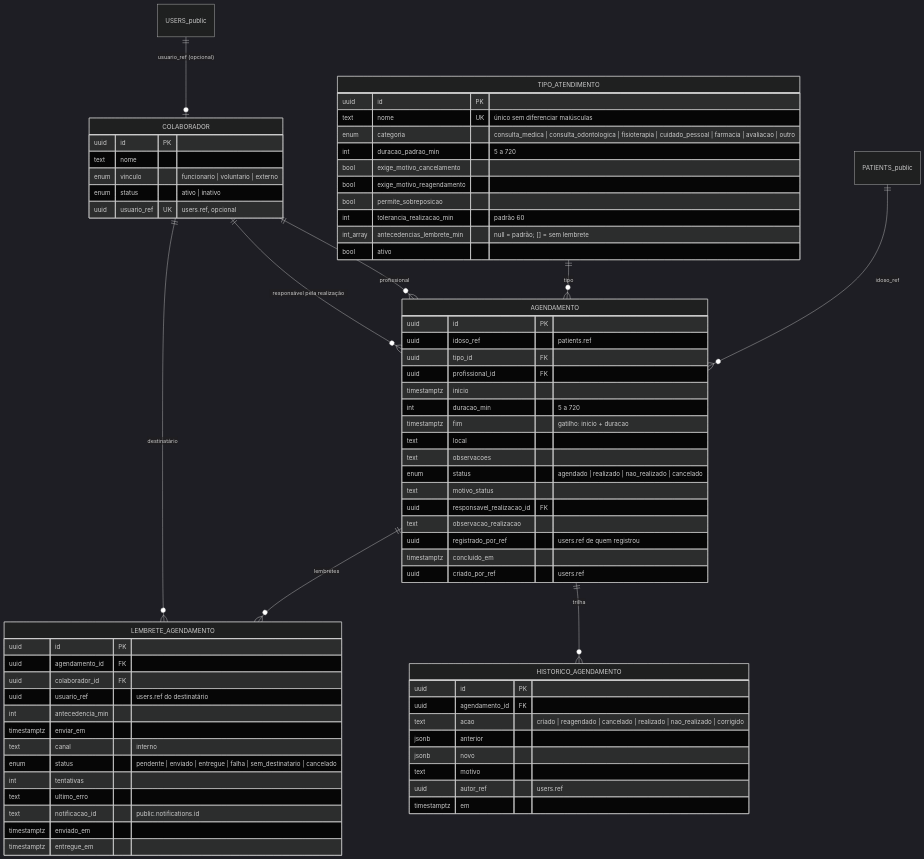
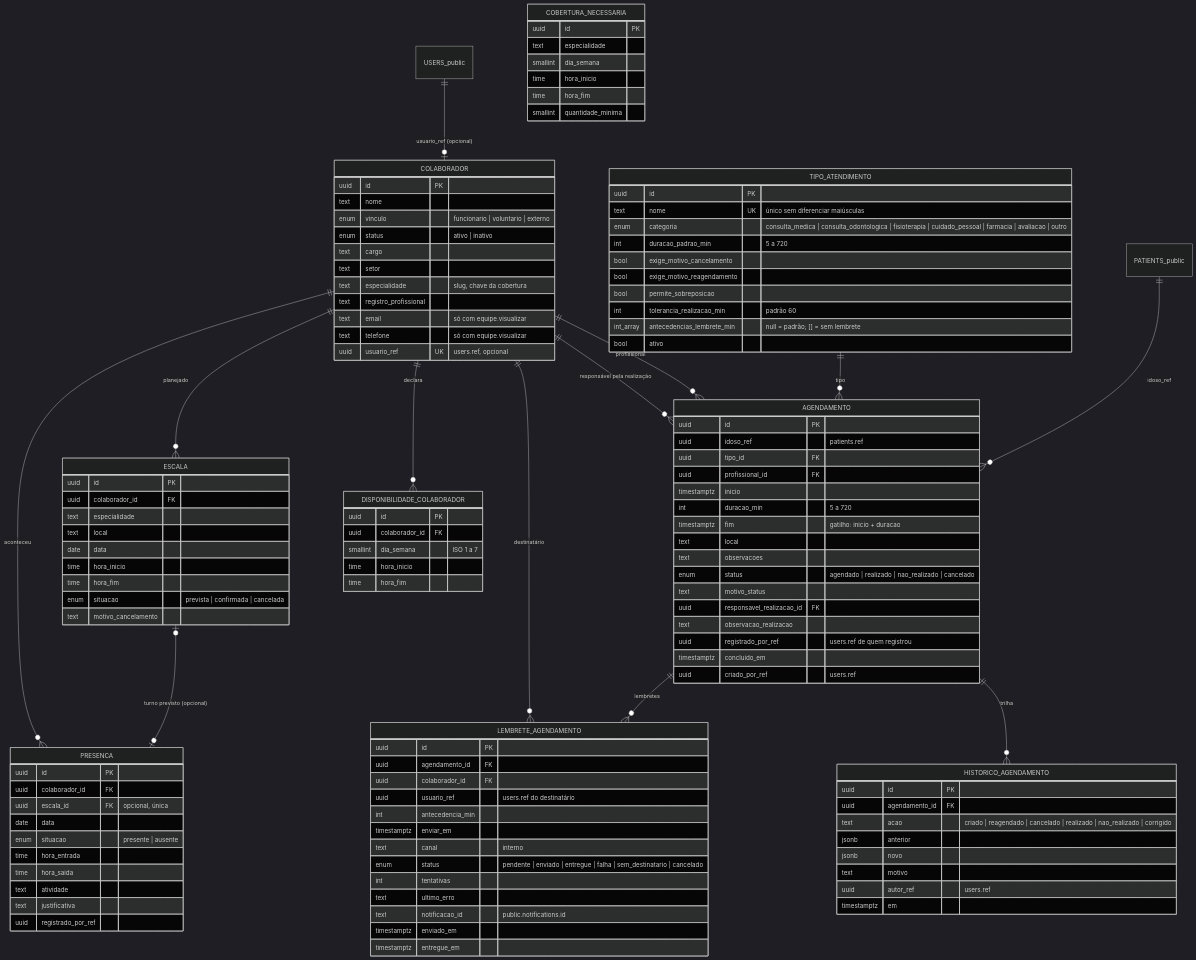
Before and after one commit to franklinferreiraf/Api-sislar: the diagram in docs/grupo3/README.md, drawn with Mermaid (dark theme). The commit also changed other lines of this file and 12 other files, not shown here.

```diff
--- a/docs/grupo3/README.md
+++ b/docs/grupo3/README.md
@@ -68,6 +68,10 @@
     AGENDAMENTO ||--o{ HISTORICO_AGENDAMENTO : "trilha"
     AGENDAMENTO ||--o{ LEMBRETE_AGENDAMENTO : "lembretes"
     COLABORADOR ||--o{ LEMBRETE_AGENDAMENTO : "destinatário"
+    COLABORADOR ||--o{ DISPONIBILIDADE_COLABORADOR : "declara"
+    COLABORADOR ||--o{ ESCALA : "planejado"
+    COLABORADOR ||--o{ PRESENCA : "aconteceu"
+    ESCALA |o--o| PRESENCA : "turno previsto (opcional)"
     USERS_public ||--o| COLABORADOR : "usuario_ref (opcional)"
     PATIENTS_public ||--o{ AGENDAMENTO : "idoso_ref"
 
@@ -76,7 +80,51 @@
         text nome
         enum vinculo "funcionario | voluntario | externo"
         enum status "ativo | inativo"
+        text cargo
+        text setor
+        text especialidade "slug, chave da cobertura"
+        text registro_profissional
+        text email "só com equipe.visualizar"
+        text telefone "só com equipe.visualizar"
         uuid usuario_ref UK "users.ref, opcional"
+    }
+    DISPONIBILIDADE_COLABORADOR {
+        uuid id PK
+        uuid colaborador_id FK
+        smallint dia_semana "ISO 1 a 7"
+        time hora_inicio
+        time hora_fim
+    }
+    ESCALA {
+        uuid id PK
+        uuid colaborador_id FK
+        text especialidade
+        text local
+        date data
+        time hora_inicio
+        time hora_fim
+        enum situacao "prevista | confirmada | cancelada"
+        text motivo_cancelamento
+    }
+    COBERTURA_NECESSARIA {
+        uuid id PK
+        text especialidade
+        smallint dia_semana
+        time hora_inicio
+        time hora_fim
+        smallint quantidade_minima
+    }
+    PRESENCA {
+        uuid id PK
+        uuid colaborador_id FK
+        uuid escala_id FK "opcional, única"
+        date data
+        enum situacao "presente | ausente"
+        time hora_entrada
+        time hora_saida
+        text atividade
+        text justificativa
+        uuid registrado_por_ref
     }
     TIPO_ATENDIMENTO {
         uuid id PK
```
